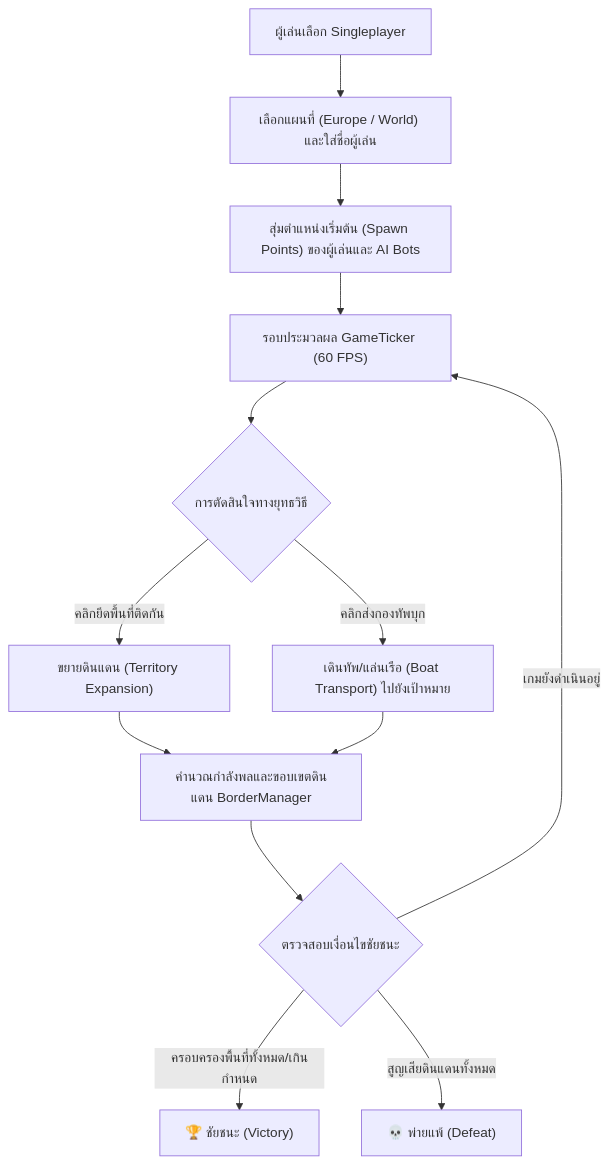
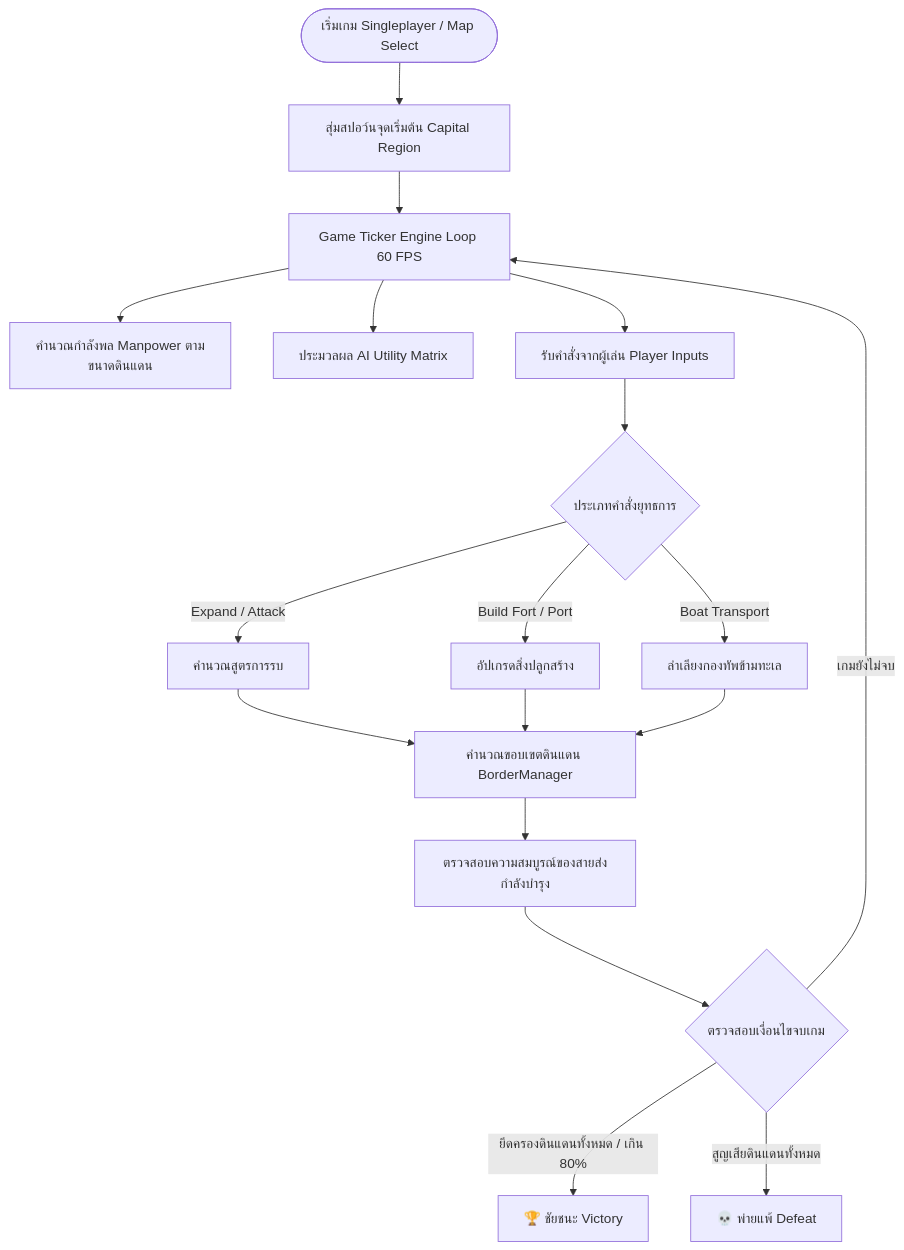
Before and after one commit to nopponaim603/webJS: the diagram in docs/gdd/games/warfront/gdd.md, drawn with Mermaid. The commit also changed other lines of this file and 8 other files, not shown here.

````diff
--- a/docs/gdd/games/warfront/gdd.md
+++ b/docs/gdd/games/warfront/gdd.md
@@ -50,15 +36,25 @@
 ```mermaid
 flowchart TD
-    A["ผู้เล่นเลือก Singleplayer"] --> B["เลือกแผนที่ (Europe / World) และใส่ชื่อผู้เล่น"]
-    B --> C["สุ่มตำแหน่งเริ่มต้น (Spawn Points) ของผู้เล่นและ AI Bots"]
-    C --> D["รอบประมวลผล GameTicker (60 FPS)"]
-    D --> E{"การตัดสินใจทางยุทธวิธี"}
-    E -->|"คลิกยึดพื้นที่ติดกัน"| F["ขยายดินแดน (Territory Expansion)"]
-    E -->|"คลิกส่งกองทัพบุก"| G["เดินทัพ/แล่นเรือ (Boat Transport) ไปยังเป้าหมาย"]
-    F --> H["คำนวณกำลังพลและขอบเขตดินแดน BorderManager"]
-    G --> H
-    H --> I{"ตรวจสอบเงื่อนไขชัยชนะ"}
-    I -->|"ครอบครองพื้นที่ทั้งหมด/เกินกำหนด"| J["🏆 ชัยชนะ (Victory)"]
-    I -->|"สูญเสียดินแดนทั้งหมด"| K["💀 พ่ายแพ้ (Defeat)"]
-    I -->|"เกมยังดำเนินอยู่"| D
+    Start([เริ่มเกม Singleplayer / Map Select]) --> Spawn[สุ่มสปอว์นจุดเริ่มต้น Capital Region]
+    Spawn --> Ticker[Game Ticker Engine Loop 60 FPS]
+    
+    Ticker --> Income[คำนวณกำลังพล Manpower ตามขนาดดินแดน]
+    Ticker --> AI[ประมวลผล AI Utility Matrix]
+    Ticker --> Input[รับคำสั่งจากผู้เล่น Player Inputs]
+    
+    Input --> Action{ประเภทคำสั่งยุทธการ}
+    Action -->|"Expand / Attack"| Combat[คำนวณสูตรการรบ]
+    Action -->|"Build Fort / Port"| Build[อัปเกรดสิ่งปลูกสร้าง]
+    Action -->|"Boat Transport"| Sea[ลำเลียงกองทัพข้ามทะเล]
+    
+    Combat --> BorderCheck[คำนวณขอบเขตดินแดน BorderManager]
+    Build --> BorderCheck
+    Sea --> BorderCheck
+    
+    BorderCheck --> Supply[ตรวจสอบความสมบูรณ์ของสายส่งกำลังบำรุง]
+    Supply --> CheckVictory{ตรวจสอบเงื่อนไขจบเกม}
+    
+    CheckVictory -- "ยึดครองดินแดนทั้งหมด / เกิน 80%" --> Win[🏆 ชัยชนะ Victory]
+    CheckVictory -- "สูญเสียดินแดนทั้งหมด" --> Lose[💀 พ่ายแพ้ Defeat]
+    CheckVictory -- "เกมยังไม่จบ" --> Ticker
 ```
````
